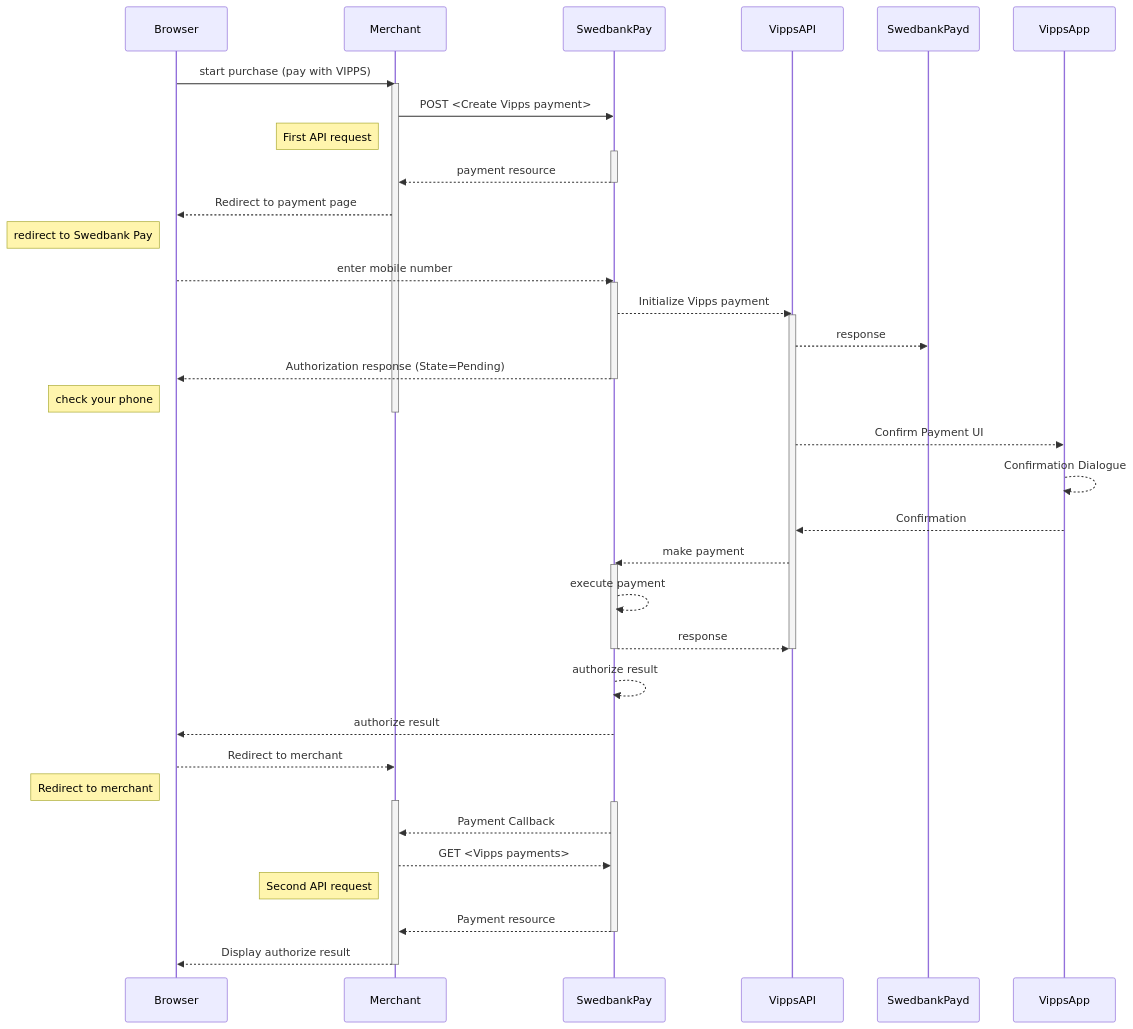
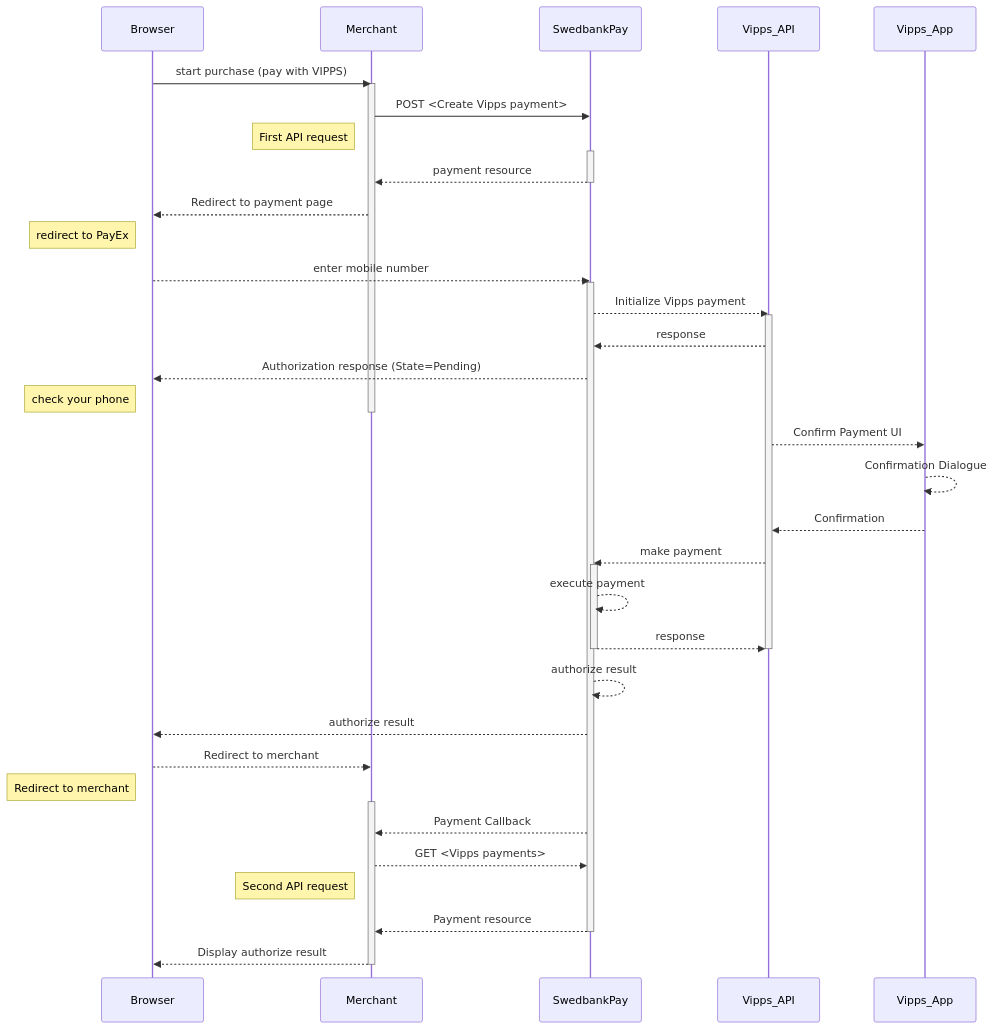
The diagram in payments/vipps/redirect.md (SwedbankPay/developer.swedbankpay.com), drawn with Mermaid before and after one commit.

Commit message:
dx-490 fixed diagram in Vipps Redirect again

````diff
--- a/payments/vipps/redirect.md
+++ b/payments/vipps/redirect.md
@@ -63,45 +63,44 @@
 ```mermaid
 sequenceDiagram
   Browser->>Merchant: start purchase (pay with VIPPS)
   activate Merchant
-  Merchant->>SwedbankPay: POST <Create Vipps payment>
+
+  Merchant->>SwedbankPay: POST <Create  Vipps payment>
   note left of Merchant: First API request
   activate SwedbankPay
   SwedbankPay-->>Merchant: payment resource
   deactivate SwedbankPay
   Merchant-->>Browser: Redirect to payment page
-  note left of Browser:redirect to Swedbank Pay
+  note left of Browser:redirect to PayEx
   Browser-->>SwedbankPay: enter mobile number
   activate SwedbankPay
 
-  SwedbankPay-->>VippsAPI: Initialize Vipps payment
-  activate VippsAPI
-  VippsAPI-->>SwedbankPayd: response
+  SwedbankPay-->>Vipps_API: Initialize Vipps payment
+  activate Vipps_API
+  Vipps_API-->>SwedbankPay: response
   SwedbankPay-->>Browser: Authorization response (State=Pending)
-  deactivate SwedbankPay
   note left of Browser: check your phone
   deactivate Merchant
 
-  VippsAPI-->>VippsApp: Confirm Payment UI
-  VippsApp-->>VippsApp: Confirmation Dialogue
-  VippsApp-->>VippsAPI: Confirmation
-  VippsAPI-->>SwedbankPay: make payment
+  Vipps_API-->>Vipps_App: Confirm Payment UI
+  Vipps_App-->>Vipps_App: Confirmation Dialogue
+  Vipps_App-->>Vipps_API: Confirmation
+  Vipps_API-->>SwedbankPay: make payment
   activate SwedbankPay
   SwedbankPay-->>SwedbankPay: execute payment
-  SwedbankPay-->>VippsAPI: response
+  SwedbankPay-->>Vipps_API: response
   deactivate SwedbankPay
-  deactivate VippsAPI
+  deactivate Vipps_API
   SwedbankPay-->>SwedbankPay: authorize result
   SwedbankPay-->>Browser: authorize result
   Browser-->>Merchant: Redirect to merchant
   note left of Browser: Redirect to merchant
   activate Merchant
-  activate SwedbankPay
   SwedbankPay-->>Merchant: Payment Callback
   Merchant-->>SwedbankPay: GET <Vipps payments>
   note left of Merchant: Second API request
   SwedbankPay-->>Merchant: Payment resource
   deactivate SwedbankPay
   Merchant-->>Browser: Display authorize result
   deactivate Merchant
 ```
````
